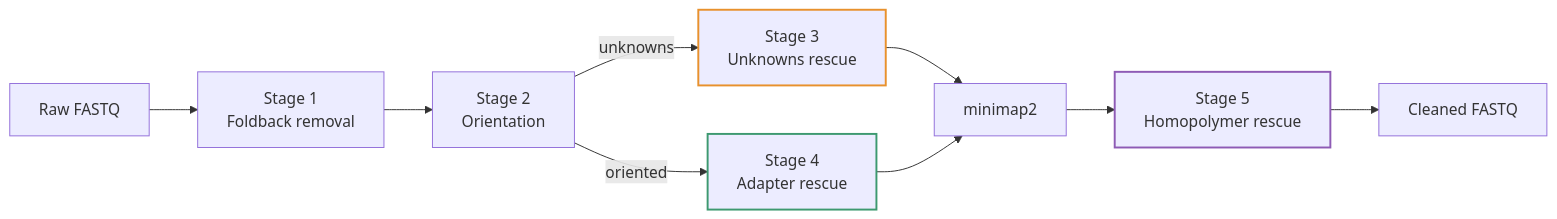
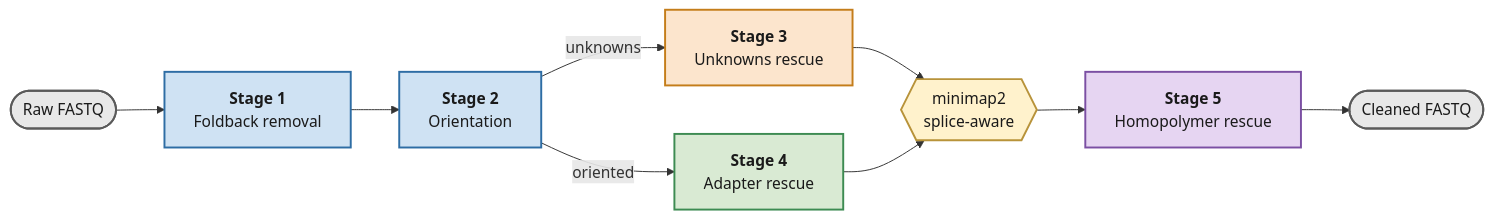
The diagram in README.md (ylab-hi/DirectClean), drawn with Mermaid before and after one commit. The commit also changed other lines of this file and 2 other files, not shown here.

Commit message:
Prepare DirectClean v1.1.1

````diff
--- a/README.md
+++ b/README.md
@@ -45,15 +45,25 @@
 ```mermaid
 flowchart LR
-    A[Raw FASTQ] --> S1["Stage 1<br/>Foldback removal"]
-    S1 --> S2["Stage 2<br/>Orientation"]
-    S2 -->|oriented| S4["Stage 4<br/>Adapter rescue"]
-    S2 -->|unknowns| S3["Stage 3<br/>Unknowns rescue"]
-    S3 --> AL[minimap2]
+    A(["Raw FASTQ"]) --> S1["<b>Stage 1</b><br/>Foldback removal"]
+    S1 --> S2["<b>Stage 2</b><br/>Orientation"]
+    S2 -->|oriented| S4["<b>Stage 4</b><br/>Adapter rescue"]
+    S2 -->|unknowns| S3["<b>Stage 3</b><br/>Unknowns rescue"]
+    S3 --> AL{{"minimap2<br/>splice-aware"}}
     S4 --> AL
-    AL --> S5["Stage 5<br/>Homopolymer rescue"]
-    S5 --> OUT[Cleaned FASTQ]
+    AL --> S5["<b>Stage 5</b><br/>Homopolymer rescue"]
+    S5 --> OUT(["Cleaned FASTQ"])
 
-    style S3 stroke:#e8912d,stroke-width:2px
-    style S4 stroke:#3d9970,stroke-width:2px
-    style S5 stroke:#8e5bb5,stroke-width:2px
+    classDef io fill:#e8e8e8,stroke:#5a5a5a,stroke-width:2px,color:#1a1a1a
+    classDef base fill:#cfe2f3,stroke:#2e6da4,stroke-width:2px,color:#1a1a1a
+    classDef unk fill:#fce5cd,stroke:#c47d1a,stroke-width:2px,color:#1a1a1a
+    classDef adp fill:#d9ead3,stroke:#3d8b52,stroke-width:2px,color:#1a1a1a
+    classDef hom fill:#e6d5f2,stroke:#7b4fa3,stroke-width:2px,color:#1a1a1a
+    classDef algn fill:#fff2cc,stroke:#b8933a,stroke-width:2px,color:#1a1a1a
+
+    class A,OUT io
+    class S1,S2 base
+    class S3 unk
+    class S4 adp
+    class S5 hom
+    class AL algn
 ```
````
